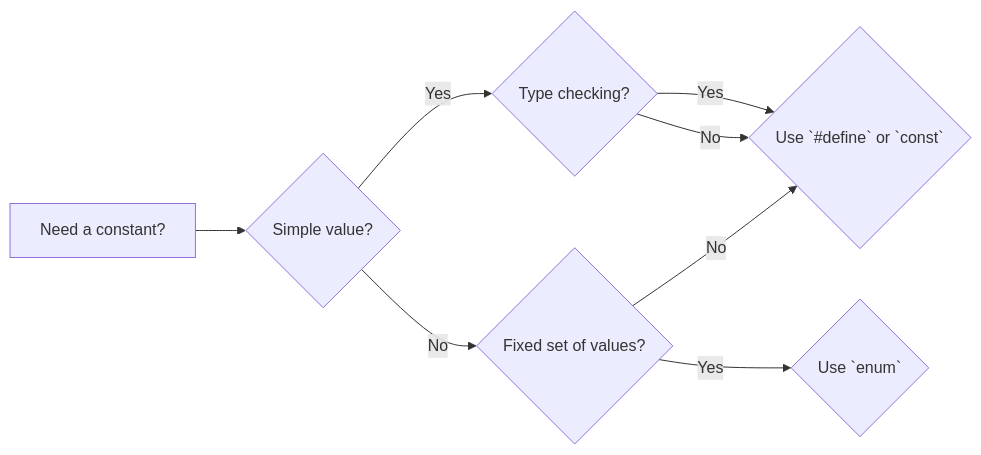
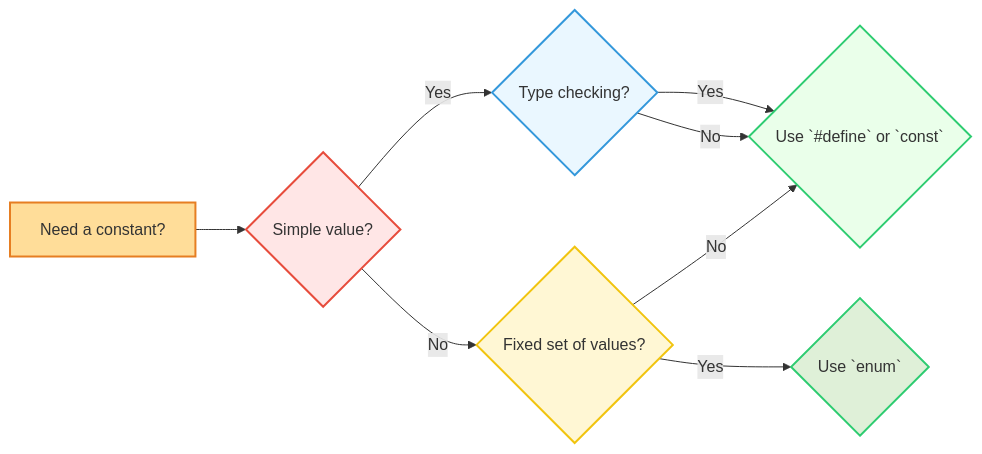
Before and after one commit to infoyouth/infoyouth.github.io: the second of 5 diagrams in _posts/2024-11-14-c-variables-and-constants.md, drawn with Mermaid. The commit also changed other lines of this file and 1 other file, not shown here.

````diff
--- a/_posts/2024-11-14-c-variables-and-constants.md
+++ b/_posts/2024-11-14-c-variables-and-constants.md
@@ -461,10 +475,20 @@
 ```mermaid
 graph LR
   A[Need a constant?] --> B{Simple value?}
   B -- Yes --> C{Type checking?}
   B -- No --> D{Fixed set of values?}
-  C -- Yes --> E{Use `const`}
-  C -- No --> E{Use `#define`}
-  D -- Yes --> F{Use `enum`}
-  D -- No --> E{Use `#define` or `const`}
+  C -- Yes --> E{Use <span style="color:#1c3d5a;">`const`</span>}
+  C -- No --> E{Use <span style="color:#7f1c1c;">`#define`</span>}
+  D -- Yes --> F{Use <span style="color:#2c6b2f;">`enum`</span>}
+  D -- No --> E{Use <span style="color:#7f1c1c;">`#define` or `const`</span>}
+  
+  style A fill:#ffdd99,stroke:#e67e22,stroke-width:2px;
+  style B fill:#ffe6e6,stroke:#e74c3c,stroke-width:2px;
+  style C fill:#eaf7ff,stroke:#3498db,stroke-width:2px;
+  style D fill:#fff7d4,stroke:#f1c40f,stroke-width:2px;
+  style E fill:#eaffea,stroke:#2ecc71,stroke-width:2px;
+  style F fill:#dff0d8,stroke:#2ecc71,stroke-width:2px;
+  classDef default fill:#fff,stroke:#000,stroke-width:2px,color:#333;
+
+
 ```
````
